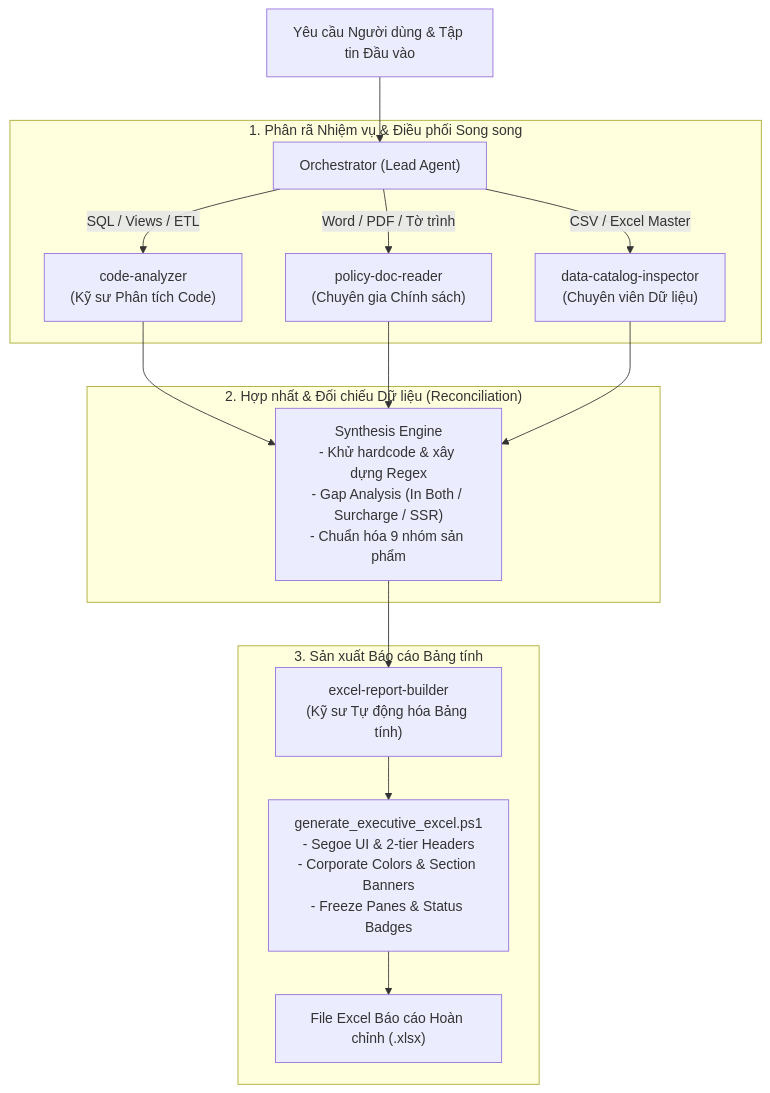
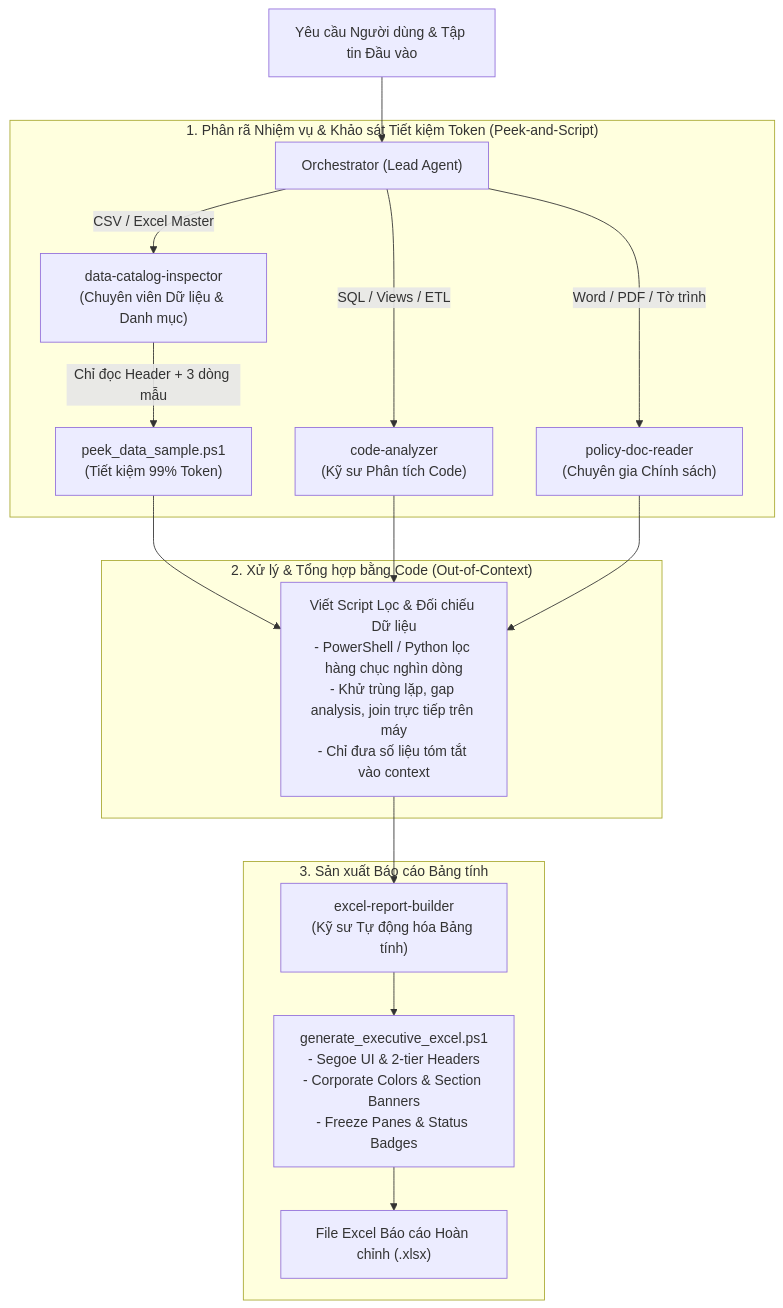
One commit to Dovernz/agent changed the diagram in common/skills/multiagent-requirement-to-excel/SKILL.md. Above: the diagram before and after it, drawn with Mermaid. The commit also changed other lines of this file and 8 other files, not shown here.

Commit message:
feat(token-saving): enforce Peek-and-Script pattern for Excel and CSV ingestion

````diff
--- a/common/skills/multiagent-requirement-to-excel/SKILL.md
+++ b/common/skills/multiagent-requirement-to-excel/SKILL.md
@@ -18,22 +19,23 @@
 ```mermaid
 flowchart TD
     User["Yêu cầu Người dùng & Tập tin Đầu vào"] --> Orchestrator["Orchestrator (Lead Agent)"]
     
-    subgraph Delegation["1. Phân rã Nhiệm vụ & Điều phối Song song"]
+    subgraph Delegation["1. Phân rã Nhiệm vụ & Khảo sát Tiết kiệm Token (Peek-and-Script)"]
         Orchestrator -->|SQL / Views / ETL| SA1["code-analyzer<br/>(Kỹ sư Phân tích Code)"]
         Orchestrator -->|Word / PDF / Tờ trình| SA2["policy-doc-reader<br/>(Chuyên gia Chính sách)"]
-        Orchestrator -->|CSV / Excel Master| SA3["data-catalog-inspector<br/>(Chuyên viên Dữ liệu)"]
+        Orchestrator -->|CSV / Excel Master| SA3["data-catalog-inspector<br/>(Chuyên viên Dữ liệu & Danh mục)"]
+        SA3 -->|Chỉ đọc Header + 3 dòng mẫu| Peek["peek_data_sample.ps1<br/>(Tiết kiệm 99% Token)"]
     end
     
-    subgraph Synthesis["2. Hợp nhất & Đối chiếu Dữ liệu (Reconciliation)"]
-        SA1 --> Engine["Synthesis Engine<br/>- Khử hardcode & xây dựng Regex<br/>- Gap Analysis (In Both / Surcharge / SSR)<br/>- Chuẩn hóa 9 nhóm sản phẩm"]
-        SA2 --> Engine
-        SA3 --> Engine
+    subgraph Execution["2. Xử lý & Tổng hợp bằng Code (Out-of-Context)"]
+        Peek --> Script["Viết Script Lọc & Đối chiếu Dữ liệu<br/>- PowerShell / Python lọc hàng chục nghìn dòng<br/>- Khử trùng lặp, gap analysis, join trực tiếp trên máy<br/>- Chỉ đưa số liệu tóm tắt vào context"]
+        SA1 --> Script
+        SA2 --> Script
     end
     
     subgraph Delivery["3. Sản xuất Báo cáo Bảng tính"]
-        Engine --> SA4["excel-report-builder<br/>(Kỹ sư Tự động hóa Bảng tính)"]
-        SA4 --> Script["generate_executive_excel.ps1<br/>- Segoe UI & 2-tier Headers<br/>- Corporate Colors & Section Banners<br/>- Freeze Panes & Status Badges"]
-        Script --> File["File Excel Báo cáo Hoàn chỉnh (.xlsx)"]
+        Script --> SA4["excel-report-builder<br/>(Kỹ sư Tự động hóa Bảng tính)"]
+        SA4 --> GenScript["generate_executive_excel.ps1<br/>- Segoe UI & 2-tier Headers<br/>- Corporate Colors & Section Banners<br/>- Freeze Panes & Status Badges"]
+        GenScript --> File["File Excel Báo cáo Hoàn chỉnh (.xlsx)"]
     end
 ```
````
